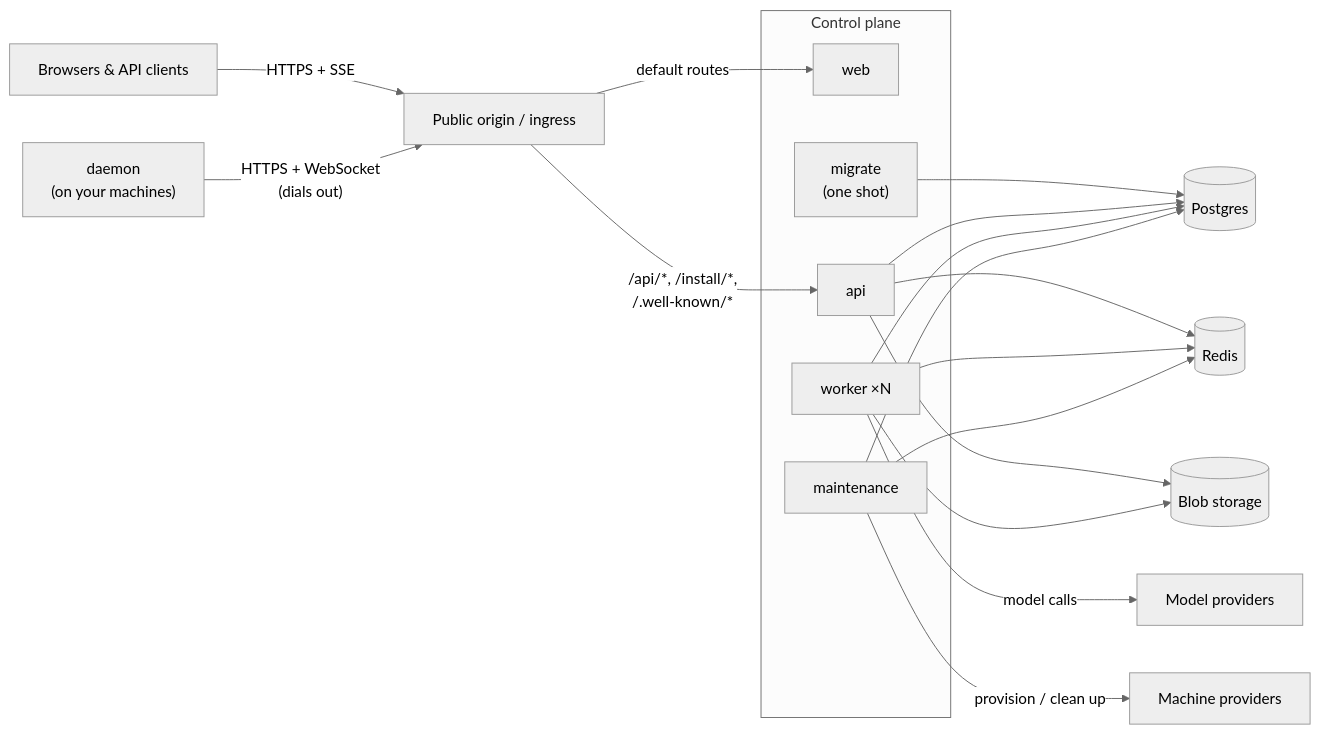
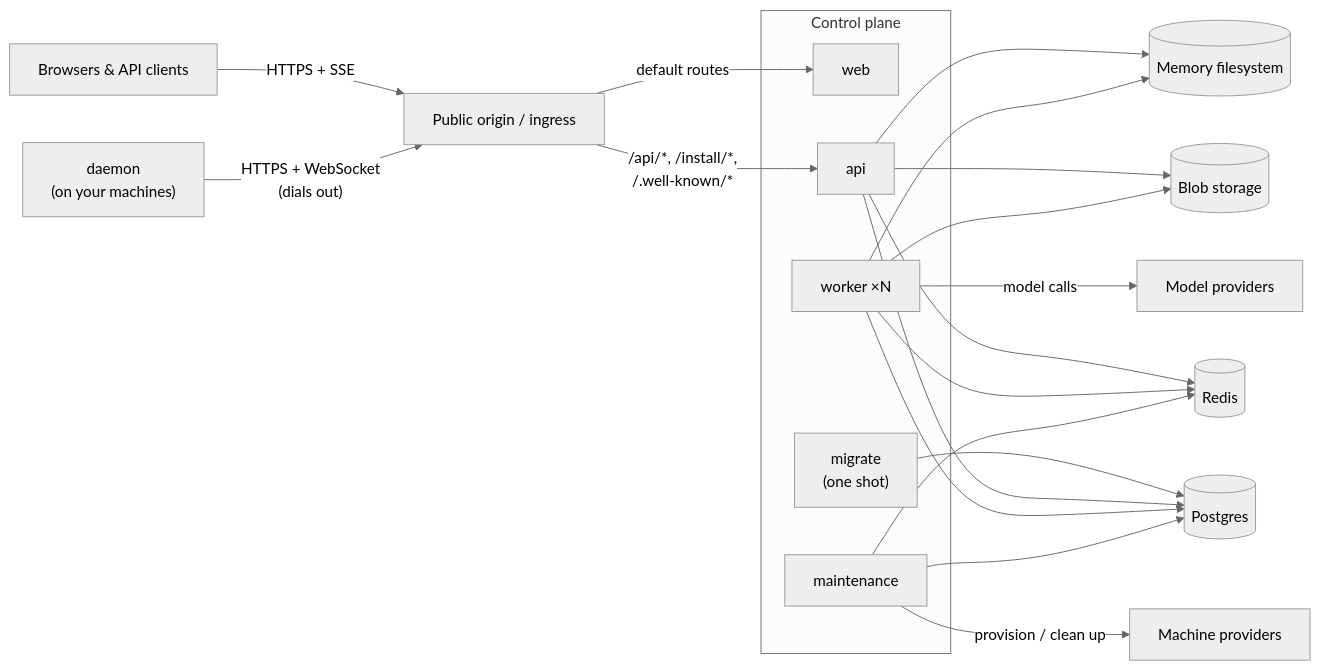
One commit to omnara-ai/omnara changed the diagram in docs/self-hosting/architecture.mdx. Above: the diagram before and after it, drawn with Mermaid (neutral theme). The commit also changed other lines of this file and 106 other files, not shown here.

Commit message:
Add filesystem-backed memory stores and file tools

````diff
--- a/docs/self-hosting/architecture.mdx
+++ b/docs/self-hosting/architecture.mdx
@@ -7,27 +7,29 @@
 ```mermaid
 flowchart LR
   clients["Browsers & API clients"] -- "HTTPS + SSE" --> ingress["Public origin / ingress"]
   daemon["daemon<br/>(on your machines)"] -- "HTTPS + WebSocket<br/>(dials out)" --> ingress
 
   subgraph cp["Control plane"]
     web["web"]
     migrate["migrate<br/>(one shot)"]
     api["api"]
     worker["worker ×N"]
     maintenance["maintenance"]
   end
 
   ingress -- "default routes" --> web
   ingress -- "/api/*, /install/*,<br/>/.well-known/*" --> api
   migrate --> pg[("Postgres")]
   api --> pg
   api --> redis[("Redis")]
   api --> blob[("Blob storage")]
+  api --> memory[("Memory filesystem")]
   worker --> pg
   worker --> redis
   worker --> blob
+  worker --> memory
   worker -- "model calls" --> providers["Model providers"]
   maintenance --> pg
   maintenance --> redis
   maintenance -- "provision / clean up" --> mp["Machine providers"]
 ```
````
